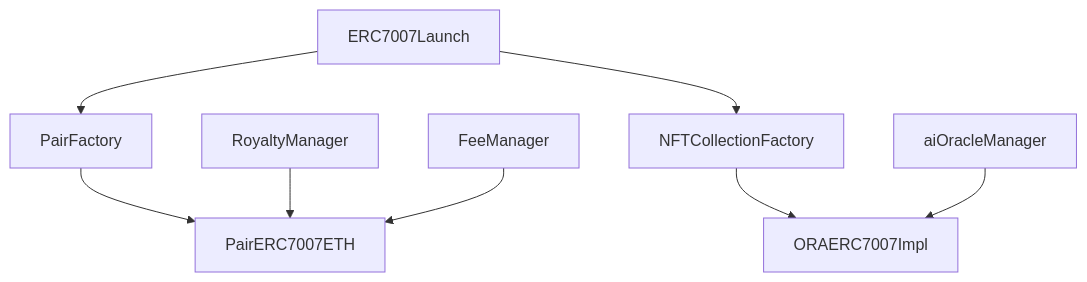
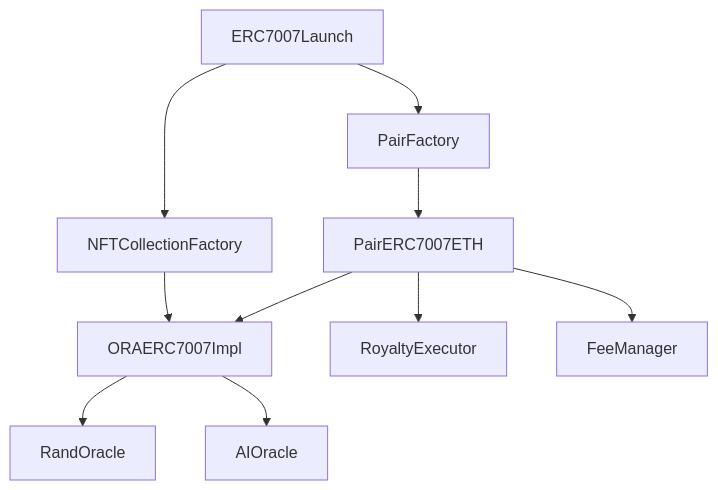
One commit to 7007-Labs/ERC7007LaunchDraft changed the diagram in README.md. Above: the diagram before and after it, drawn with Mermaid. The commit also changed 14 other files, not shown here.

Commit message:
rename RoyaltyManager to RoyaltyExecutor

````diff
--- a/README.md
+++ b/README.md
@@ -7,10 +7,12 @@
 ```mermaid
 graph TD;
     B[ERC7007Launch]-->C[PairFactory];
     C-->D[PairERC7007ETH];
     B-->E[NFTCollectionFactory]
     E-->F[ORAERC7007Impl]
-    G[aiOracleManager]-->F
-    H[RoyaltyManager]-->D
-    I[FeeManager]-->D
+    F-->G[RandOracle]
+    F-->J[AIOracle]
+    D-->H[RoyaltyExecutor]
+    D-->I[FeeManager]
+    D-->F
 ```
````
